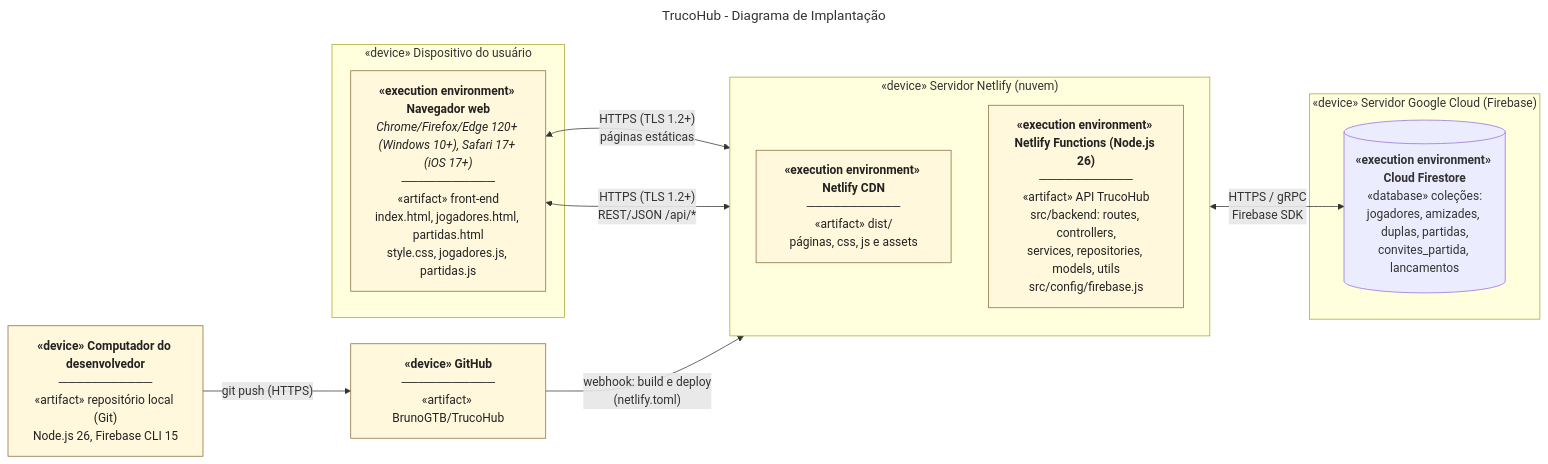
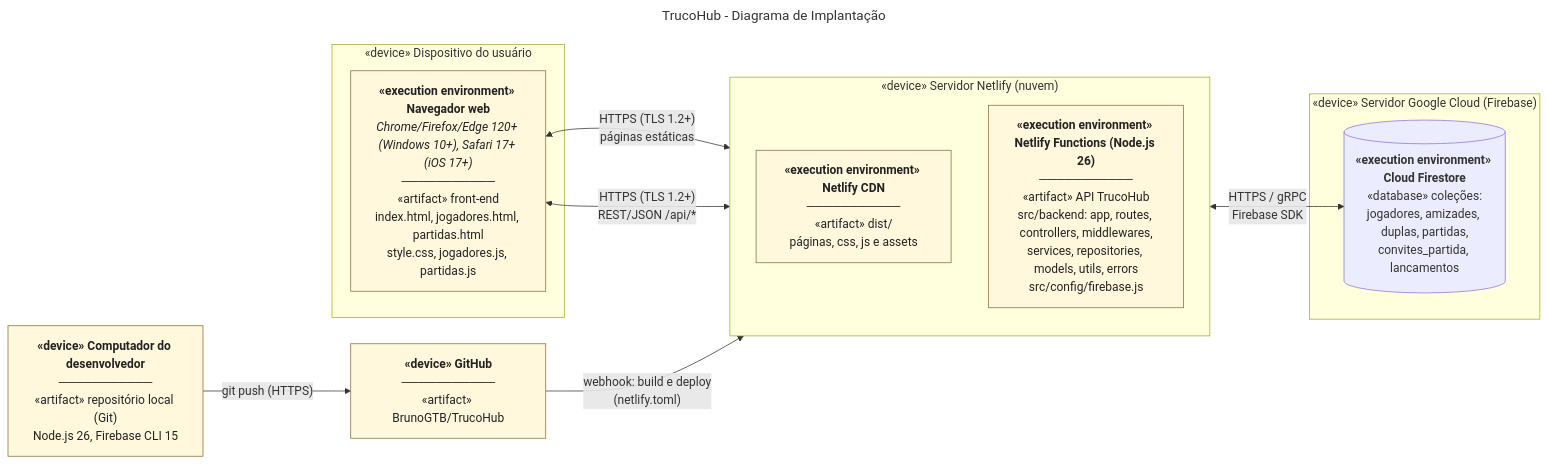
Diagram 11 of 11 in docs/diagramas/README.md (BrunoGTB/TrucoHub), drawn with Mermaid before and after one commit. The commit also changed other lines of this file and 15 other files, not shown here.

First line of the commit message:
docs(diagramas): alinha pacotes e implantação ao código do CRUD de Jogador

````diff
--- a/docs/diagramas/README.md
+++ b/docs/diagramas/README.md
@@ -715,31 +723,31 @@
 ```mermaid
 ---
 title: "TrucoHub - Diagrama de Implantação"
 ---
 flowchart LR
     subgraph CLIENTE["«device» Dispositivo do usuário"]
         FRONTART["<b>«execution environment» Navegador web</b><br/><i>Chrome/Firefox/Edge 120+ (Windows 10+), Safari 17+ (iOS 17+)</i><br/>───────────<br/>«artifact» front-end<br/>index.html, jogadores.html, partidas.html<br/>style.css, jogadores.js, partidas.js"]
     end
 
     subgraph NETLIFY["«device» Servidor Netlify (nuvem)"]
         direction TB
         DIST["<b>«execution environment» Netlify CDN</b><br/>───────────<br/>«artifact» dist/<br/>páginas, css, js e assets"]
-        API["<b>«execution environment» Netlify Functions (Node.js 26)</b><br/>───────────<br/>«artifact» API TrucoHub<br/>src/backend: routes, controllers,<br/>services, repositories, models, utils<br/>src/config/firebase.js"]
+        API["<b>«execution environment» Netlify Functions (Node.js 26)</b><br/>───────────<br/>«artifact» API TrucoHub<br/>src/backend: app, routes, controllers, middlewares,<br/>services, repositories, models, utils, errors<br/>src/config/firebase.js"]
     end
 
     subgraph GOOGLE["«device» Servidor Google Cloud (Firebase)"]
         DB[("<b>«execution environment» Cloud Firestore</b><br/>«database» coleções:<br/>jogadores, amizades, duplas, partidas,<br/>convites_partida, lancamentos")]
     end
 
     GIT["<b>«device» Computador do desenvolvedor</b><br/>───────────<br/>«artifact» repositório local (Git)<br/>Node.js 26, Firebase CLI 15"]
     REPO["<b>«device» GitHub</b><br/>───────────<br/>«artifact» BrunoGTB/TrucoHub"]
 
     FRONTART <-->|"HTTPS (TLS 1.2+)<br/>páginas estáticas"| DIST
     FRONTART <-->|"HTTPS (TLS 1.2+)<br/>REST/JSON /api/*"| API
     API <-->|"HTTPS / gRPC<br/>Firebase SDK"| DB
     GIT -->|"git push (HTTPS)"| REPO
     REPO -->|"webhook: build e deploy<br/>(netlify.toml)"| DIST
 
     classDef art fill:#fff8dc,stroke:#8a6d3b,color:#222
     class FRONTART,DIST,API,GIT,REPO art
 ```
````
